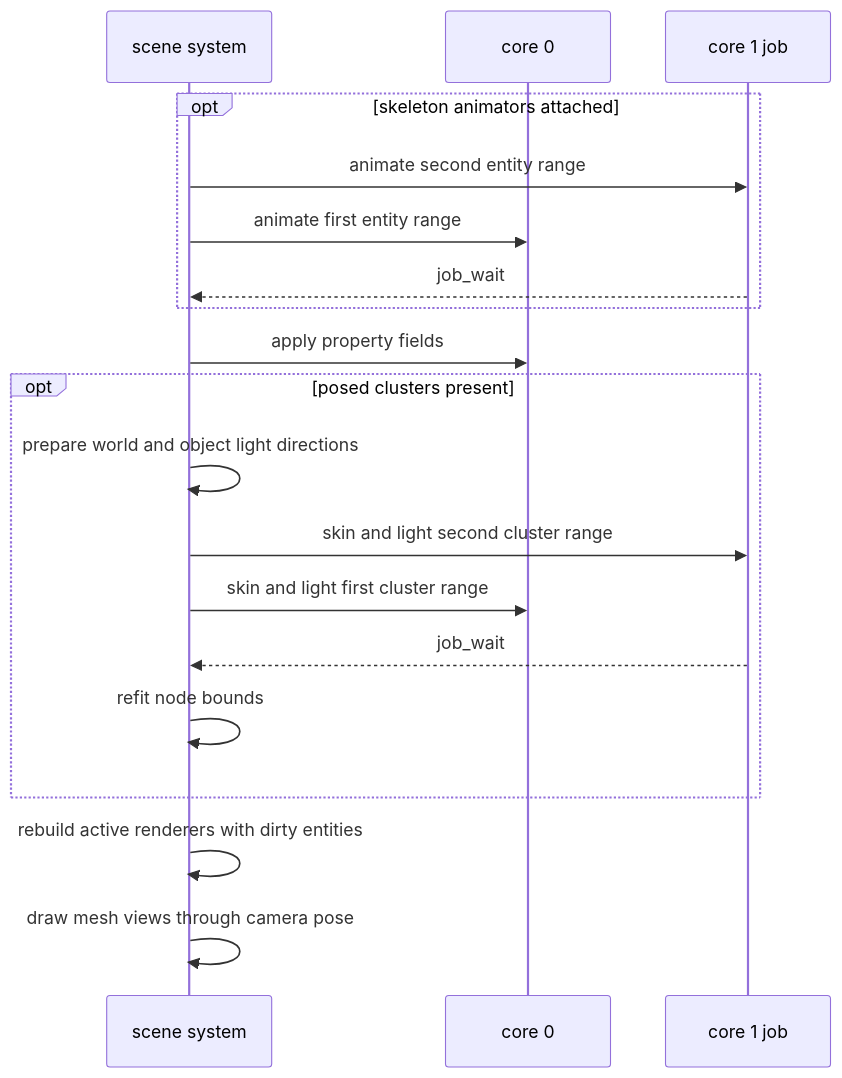
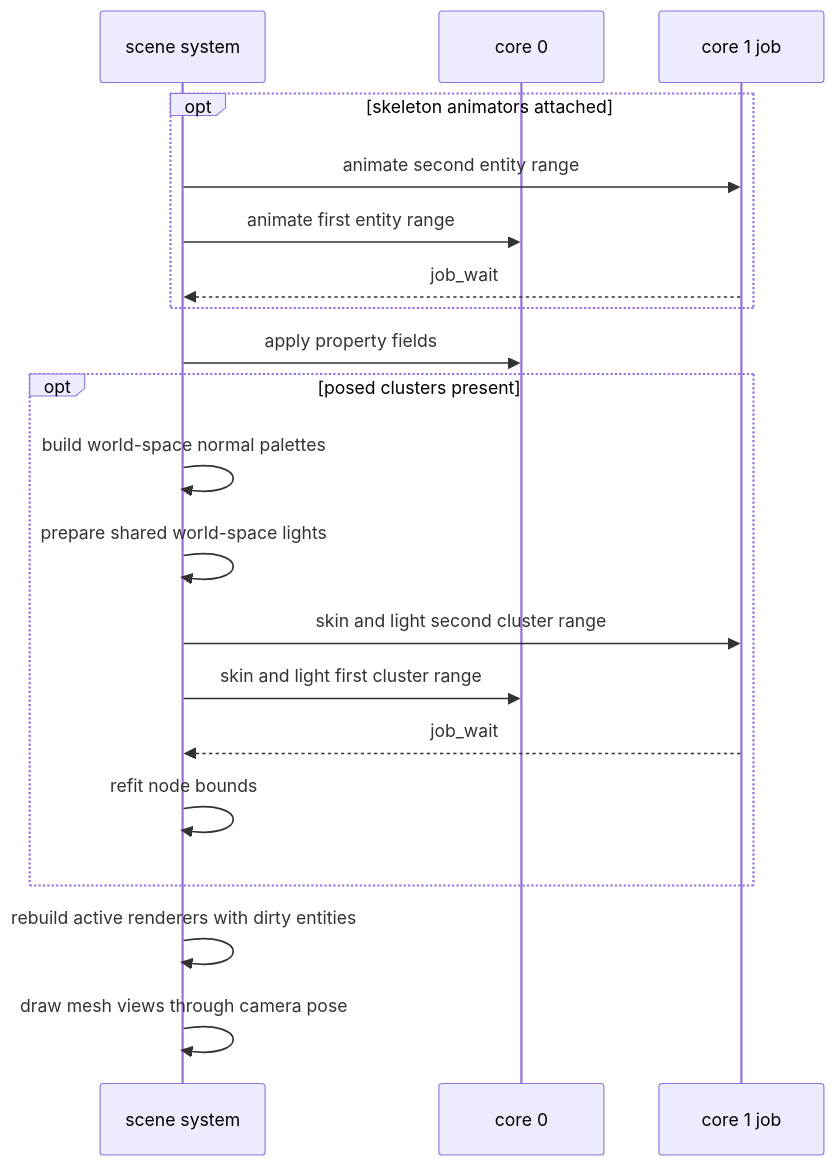
Before and after one commit to jose-villegas/autana: the diagram in docs/render/Skeleton-and-Skin.md, drawn with Mermaid. The commit also changed other lines of this file and 15 other files, not shown here.

Commit message:
skin: transform lit normals with world-space cofactor palettes

````diff
--- a/docs/render/Skeleton-and-Skin.md
+++ b/docs/render/Skeleton-and-Skin.md
@@ -143,21 +144,22 @@
 ```mermaid
 sequenceDiagram
     participant S as scene system
     participant C0 as core 0
     participant C1 as core 1 job
     opt skeleton animators attached
         S->>C1: animate second entity range
         S->>C0: animate first entity range
         C1-->>S: job_wait
     end
     S->>C0: apply property fields
     opt posed clusters present
-        S->>S: prepare world and object light directions
+        S->>S: build world-space normal palettes
+        S->>S: prepare shared world-space lights
         S->>C1: skin and light second cluster range
         S->>C0: skin and light first cluster range
         C1-->>S: job_wait
         S->>S: refit node bounds
     end
     S->>S: rebuild active renderers with dirty entities
     S->>S: draw mesh views through camera pose
 ```
````
